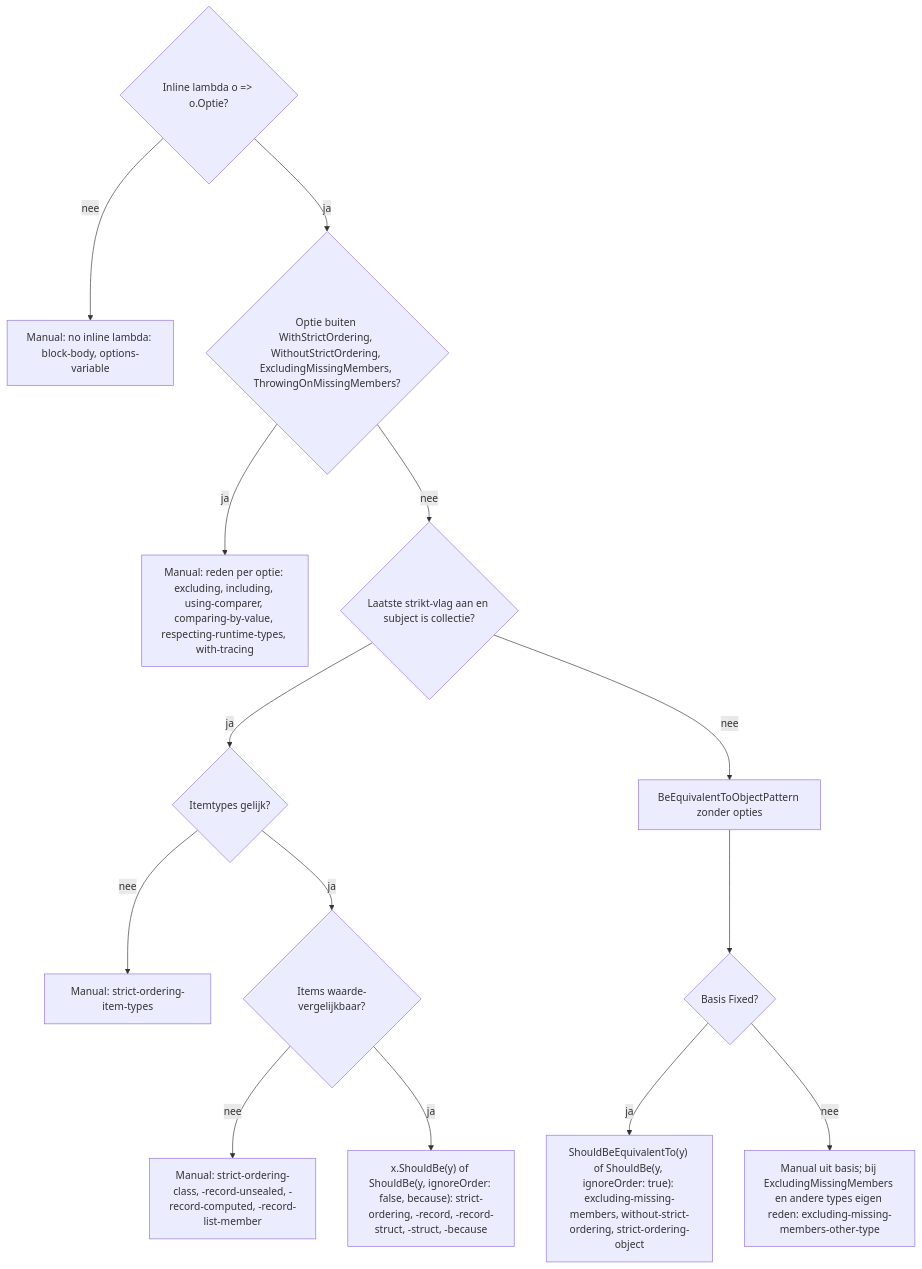
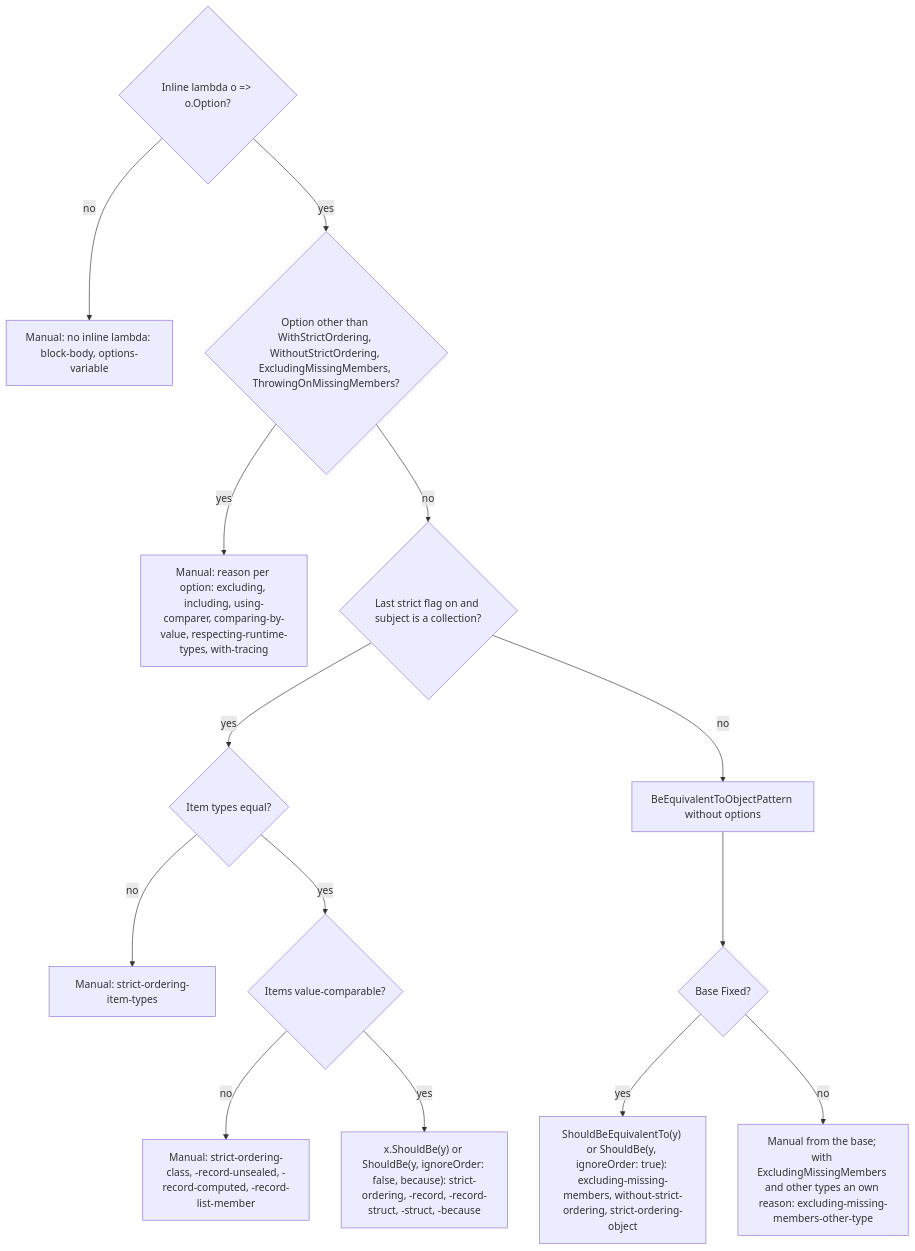
The third of 3 diagrams in docs/projectinfo/patterns/fa-equivalent-options-modellen.md (ATkingma/unshackle), drawn with Mermaid before and after one commit. The commit also changed other lines of this file and 415 other files, not shown here.

````diff
--- a/docs/projectinfo/patterns/fa-equivalent-options-modellen.md
+++ b/docs/projectinfo/patterns/fa-equivalent-options-modellen.md
@@ -52,16 +52,16 @@
 ```mermaid
 flowchart TD
-    A{Inline lambda o => o.Optie?} -- nee --> M0[Manual: no inline lambda: block-body, options-variable]
-    A -- ja --> B{Optie buiten WithStrictOrdering, WithoutStrictOrdering, ExcludingMissingMembers, ThrowingOnMissingMembers?}
-    B -- ja --> M1[Manual: reden per optie: excluding, including, using-comparer, comparing-by-value, respecting-runtime-types, with-tracing]
-    B -- nee --> C{Laatste strikt-vlag aan en subject is collectie?}
-    C -- ja --> D{Itemtypes gelijk?}
-    D -- nee --> M2[Manual: strict-ordering-item-types]
-    D -- ja --> E{Items waarde-vergelijkbaar?}
-    E -- nee --> M3[Manual: strict-ordering-class, -record-unsealed, -record-computed, -record-list-member]
-    E -- ja --> F1["x.ShouldBe(y) of ShouldBe(y, ignoreOrder: false, because): strict-ordering, -record, -record-struct, -struct, -because"]
-    C -- nee --> G[BeEquivalentToObjectPattern zonder opties]
-    G --> H{Basis Fixed?}
-    H -- ja --> F2["ShouldBeEquivalentTo(y) of ShouldBe(y, ignoreOrder: true): excluding-missing-members, without-strict-ordering, strict-ordering-object"]
-    H -- nee --> M4[Manual uit basis; bij ExcludingMissingMembers en andere types eigen reden: excluding-missing-members-other-type]
+    A{Inline lambda o => o.Option?} -- no --> M0[Manual: no inline lambda: block-body, options-variable]
+    A -- yes --> B{Option other than WithStrictOrdering, WithoutStrictOrdering, ExcludingMissingMembers, ThrowingOnMissingMembers?}
+    B -- yes --> M1[Manual: reason per option: excluding, including, using-comparer, comparing-by-value, respecting-runtime-types, with-tracing]
+    B -- no --> C{Last strict flag on and subject is a collection?}
+    C -- yes --> D{Item types equal?}
+    D -- no --> M2[Manual: strict-ordering-item-types]
+    D -- yes --> E{Items value-comparable?}
+    E -- no --> M3[Manual: strict-ordering-class, -record-unsealed, -record-computed, -record-list-member]
+    E -- yes --> F1["x.ShouldBe(y) or ShouldBe(y, ignoreOrder: false, because): strict-ordering, -record, -record-struct, -struct, -because"]
+    C -- no --> G[BeEquivalentToObjectPattern without options]
+    G --> H{Base Fixed?}
+    H -- yes --> F2["ShouldBeEquivalentTo(y) or ShouldBe(y, ignoreOrder: true): excluding-missing-members, without-strict-ordering, strict-ordering-object"]
+    H -- no --> M4[Manual from the base; with ExcludingMissingMembers and other types an own reason: excluding-missing-members-other-type]
 ```
````
